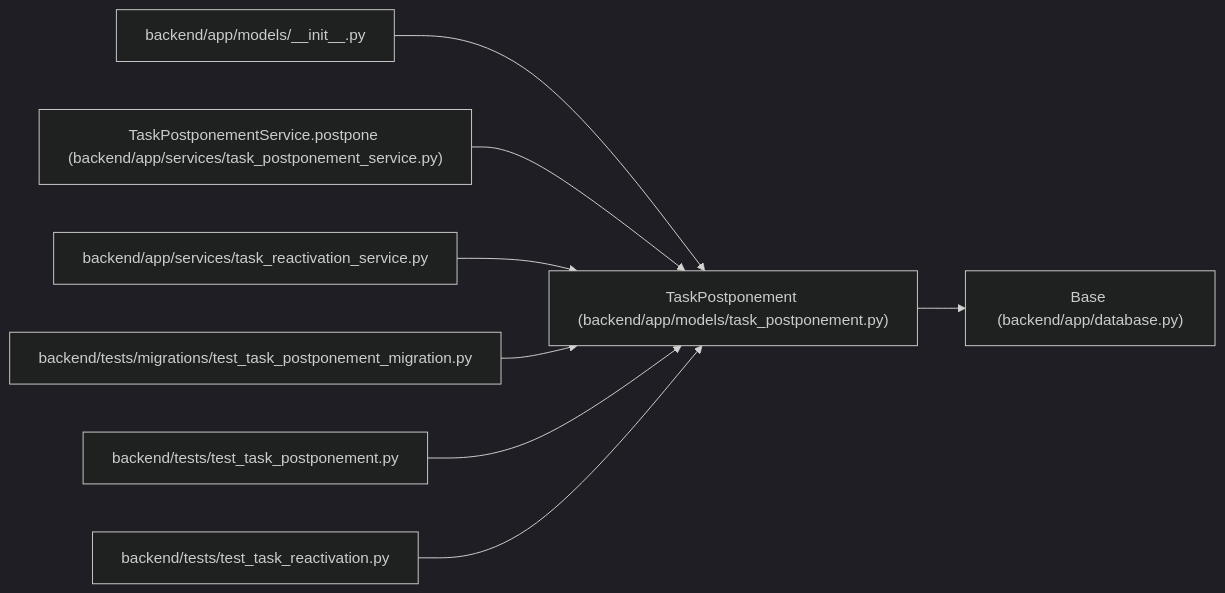
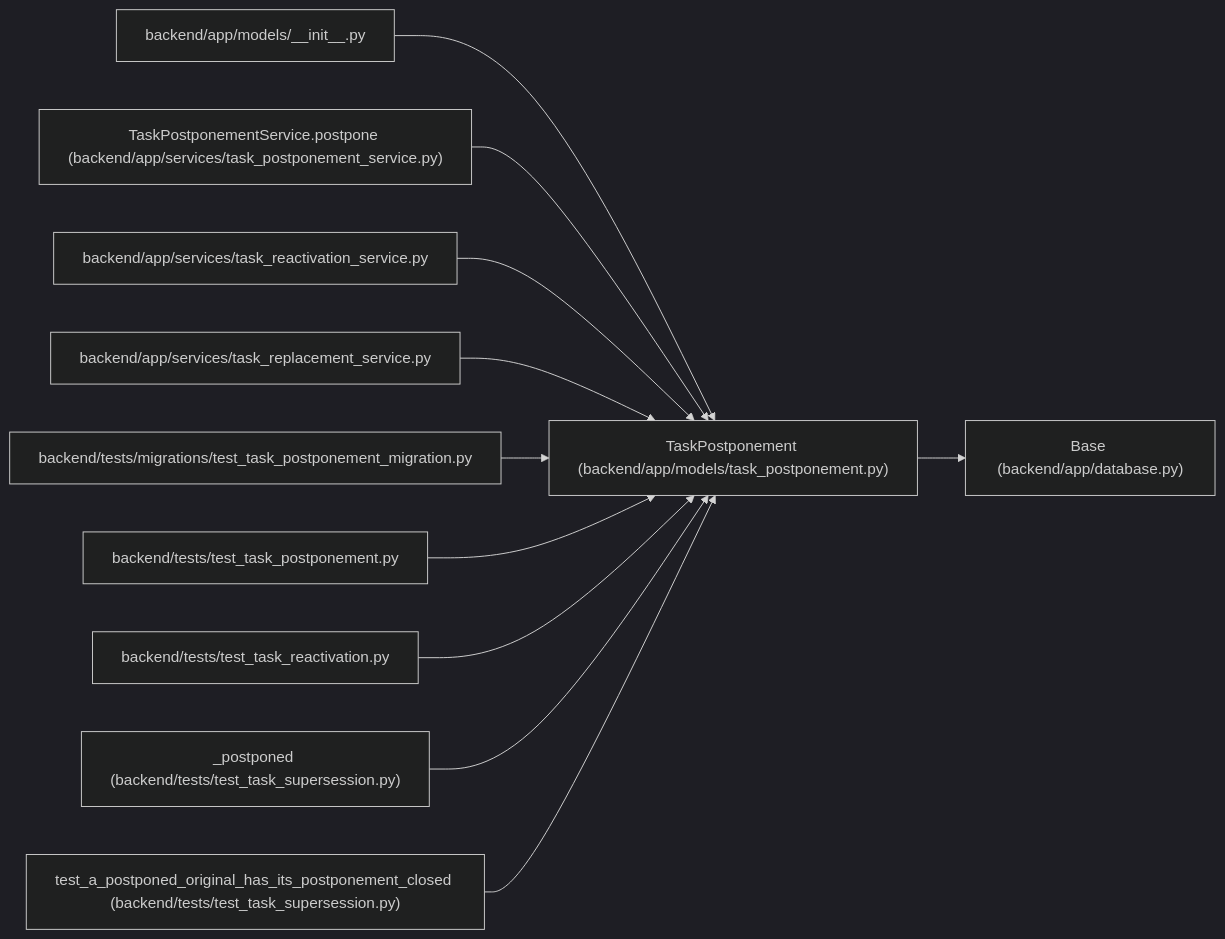
The diagram in docs/llm_wiki/entities/TaskPostponement.md (Denissvgn/WorkChord), drawn with Mermaid (dark theme) before and after one commit. The commit also changed other lines of this file and 693 other files, not shown here.

Commit message:
Sync the architectural wiki for superseding work with an accepted successor

````diff
--- a/docs/llm_wiki/entities/TaskPostponement.md
+++ b/docs/llm_wiki/entities/TaskPostponement.md
@@ -44,26 +44,35 @@
 ```mermaid
 flowchart LR
     n0["TaskPostponement (backend/app/models/task_postponement.py)"]
     n1["Base (backend/app/database.py)"]
     n2["backend/app/models/__init__.py"]
     n3["TaskPostponementService.postpone (backend/app/services/task_postponement_service.py)"]
     n4["backend/app/services/task_reactivation_service.py"]
-    n5["backend/tests/migrations/test_task_postponement_migration.py"]
-    n6["backend/tests/test_task_postponement.py"]
-    n7["backend/tests/test_task_reactivation.py"]
+    n5["backend/app/services/task_replacement_service.py"]
+    n6["backend/tests/migrations/test_task_postponement_migration.py"]
+    n7["backend/tests/test_task_postponement.py"]
+    n8["backend/tests/test_task_reactivation.py"]
+    n9["_postponed (backend/tests/test_task_supersession.py)"]
+    n10["test_a_postponed_original_has_its_postponement_closed (backend/tests/test_task_supersession.py)"]
     n0 --> n1
     n2 --> n0
     n3 --> n0
     n4 --> n0
     n5 --> n0
     n6 --> n0
     n7 --> n0
+    n8 --> n0
+    n9 --> n0
+    n10 --> n0
     click n0 "../modules/models_task_postponement.md"
     click n1 "../modules/app_database.md"
     click n2 "../modules/models___init__.md"
     click n3 "../modules/task_postponement_service.md"
     click n4 "../modules/task_reactivation_service.md"
-    click n5 "../modules/test_task_postponement_migration.md"
-    click n6 "../modules/test_task_postponement.md"
-    click n7 "../modules/test_task_reactivation.md"
+    click n5 "../modules/task_replacement_service.md"
+    click n6 "../modules/test_task_postponement_migration.md"
+    click n7 "../modules/test_task_postponement.md"
+    click n8 "../modules/test_task_reactivation.md"
+    click n9 "../modules/test_task_supersession.md"
+    click n10 "../modules/test_task_supersession.md"
 ```
````
